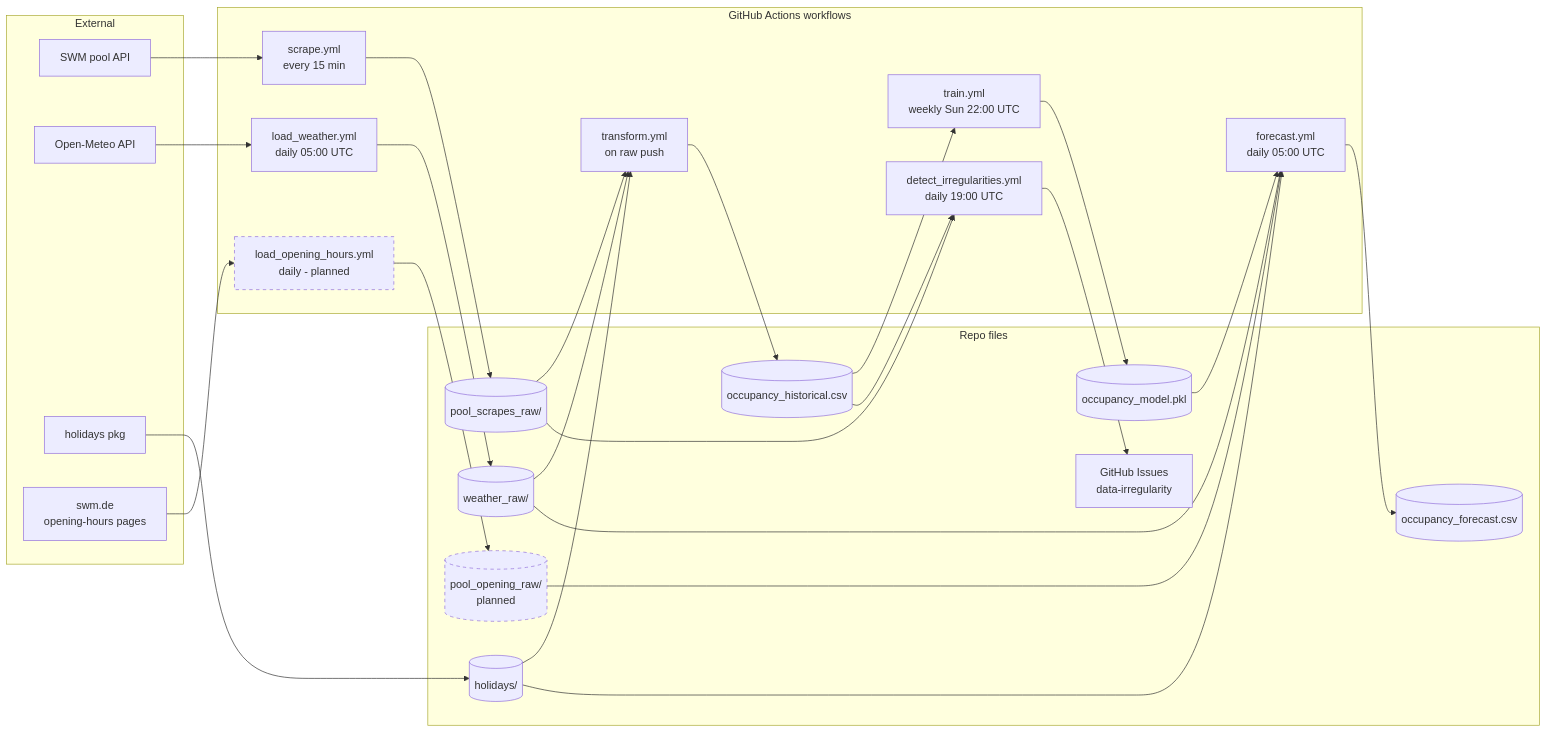
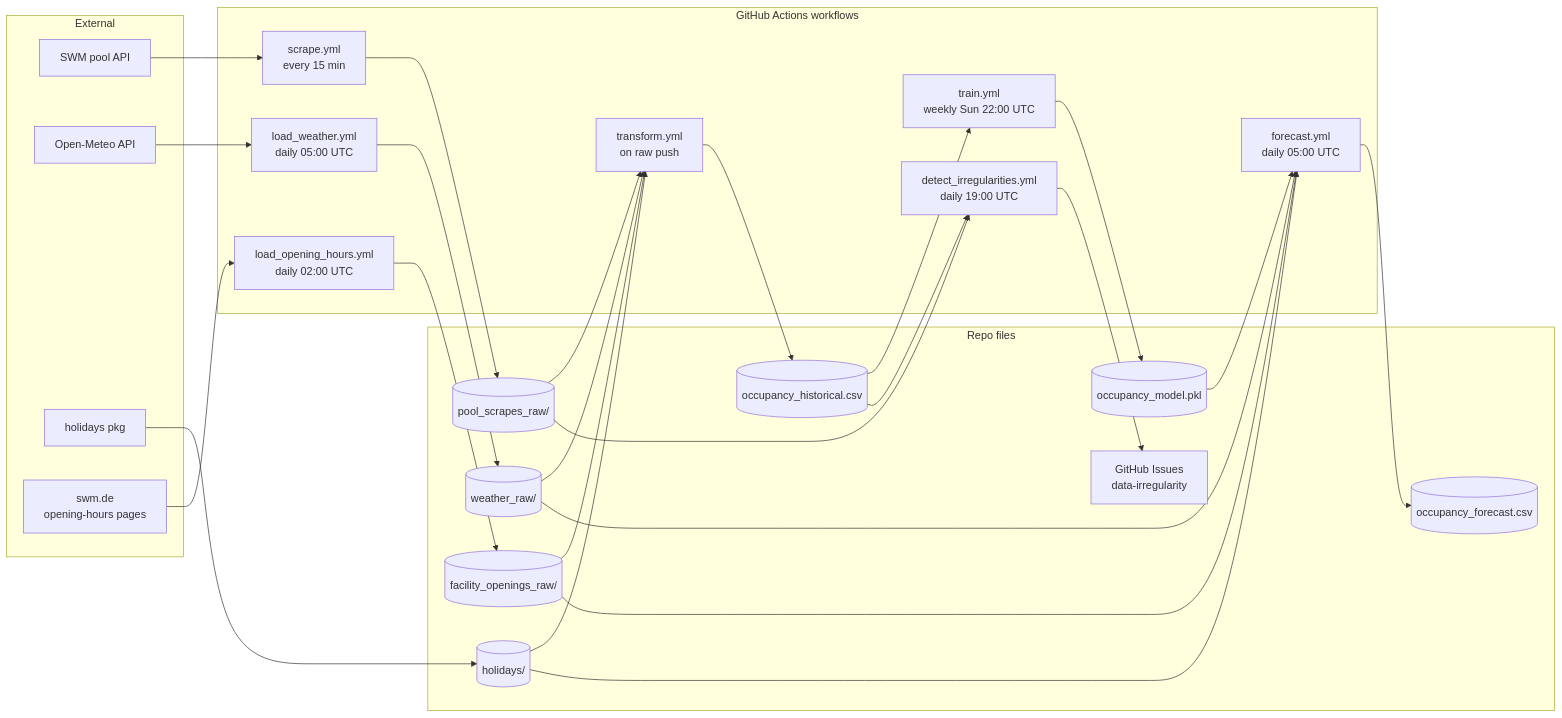
The diagram in Specs/system/architecture.md (tillg/swm_pool_data), drawn with Mermaid before and after one commit. The commit also changed other lines of this file and 1 other file, not shown here.

First line of the commit message:
Roll opening-hours story into the system description

````diff
--- a/Specs/system/architecture.md
+++ b/Specs/system/architecture.md
@@ -14,54 +14,52 @@
 ```mermaid
 flowchart LR
     subgraph external[External]
         SWMapi[SWM pool API]
         OMapi[Open-Meteo API]
         HolPkg[holidays pkg]
         SWMweb[swm.de<br/>opening-hours pages]
     end
 
     subgraph workflows[GitHub Actions workflows]
         scrape[scrape.yml<br/>every 15 min]
         weather[load_weather.yml<br/>daily 05:00 UTC]
-        opening[load_opening_hours.yml<br/>daily - planned]
+        opening[load_opening_hours.yml<br/>daily 02:00 UTC]
         transform[transform.yml<br/>on raw push]
         train[train.yml<br/>weekly Sun 22:00 UTC]
         forecast[forecast.yml<br/>daily 05:00 UTC]
         irreg[detect_irregularities.yml<br/>daily 19:00 UTC]
     end
 
     subgraph repo[Repo files]
         poolRaw[(pool_scrapes_raw/)]
         wxRaw[(weather_raw/)]
-        opRaw[(pool_opening_raw/<br/>planned)]
+        opRaw[(facility_openings_raw/)]
         hol[(holidays/)]
         hist[(occupancy_historical.csv)]
         fcst[(occupancy_forecast.csv)]
         model[(occupancy_model.pkl)]
         issues[GitHub Issues<br/>data-irregularity]
     end
 
     SWMapi --> scrape --> poolRaw
     OMapi --> weather --> wxRaw
     HolPkg --> hol
     SWMweb --> opening --> opRaw
 
     poolRaw --> transform
     wxRaw --> transform
     hol --> transform
+    opRaw --> transform
     transform --> hist
 
     hist --> train --> model
     model --> forecast
     wxRaw --> forecast
     hol --> forecast
     opRaw --> forecast
     forecast --> fcst
 
     poolRaw --> irreg
     hist --> irreg
     irreg --> issues
-
-    style opening stroke-dasharray: 5 5
-    style opRaw stroke-dasharray: 5 5
 ```
````
